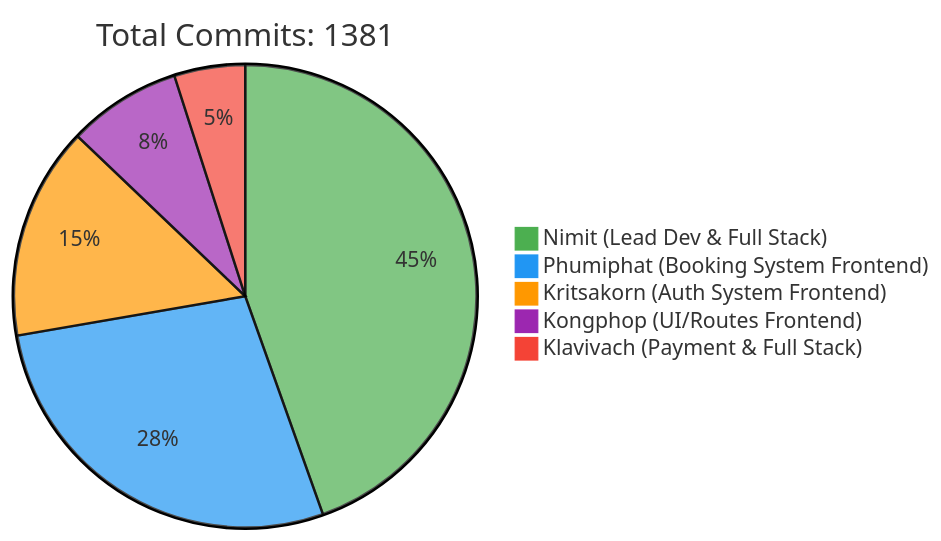
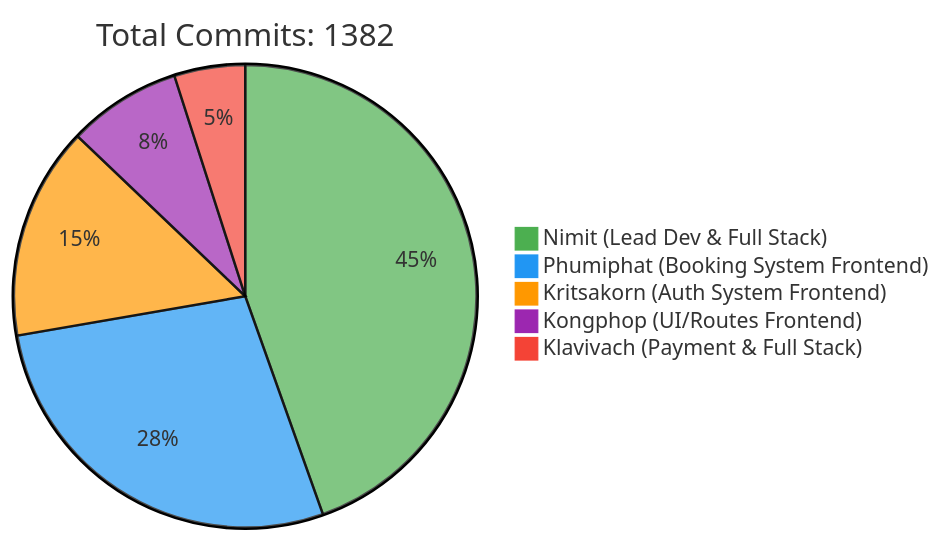
Before and after one commit to 6531503042/Sport-Complex: the first of 2 diagrams in README.md, drawn with Mermaid. The commit also changed other lines of this file, not shown here.

Commit message:
docs: Update contributor statistics [skip ci]

````diff
--- a/README.md
+++ b/README.md
@@ -257,10 +257,10 @@
 ```mermaid
 %%{init: {'theme': 'base', 'themeVariables': { 'pie1': '#4CAF50', 'pie2': '#2196F3', 'pie3': '#FF9800', 'pie4': '#9C27B0', 'pie5': '#F44336'}}}%%
 pie
-    title Total Commits: 1381
+    title Total Commits: 1382
     "Nimit (Lead Dev & Full Stack)" : 450
     "Phumiphat (Booking System Frontend)" : 280
     "Kritsakorn (Auth System Frontend)" : 150
     "Kongphop (UI/Routes Frontend)" : 80
     "Klavivach (Payment & Full Stack)" : 50
 ```
````
